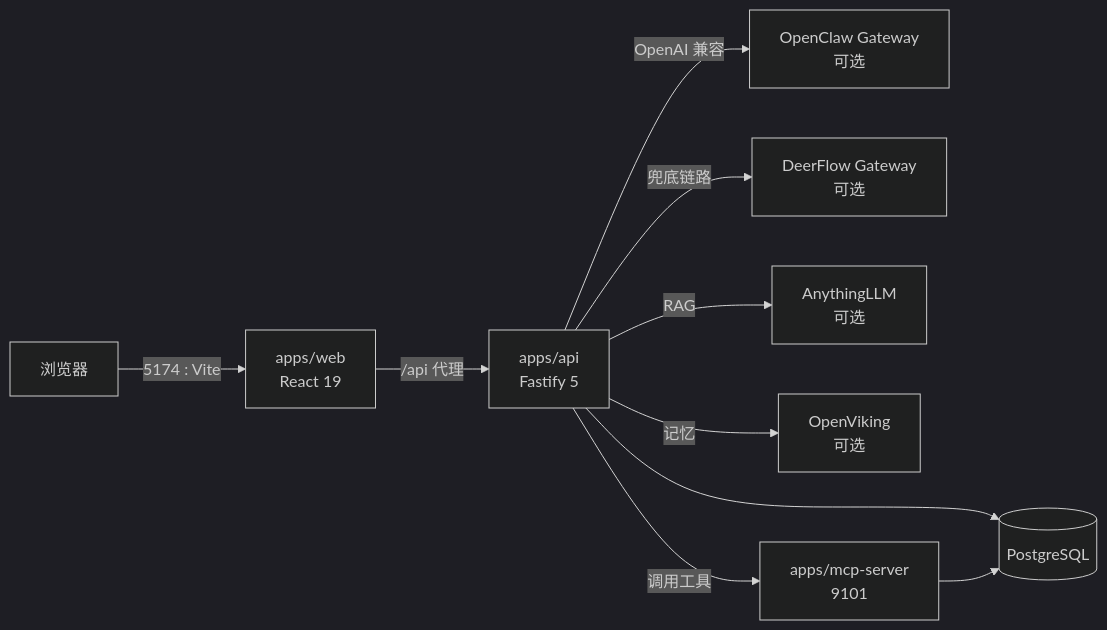
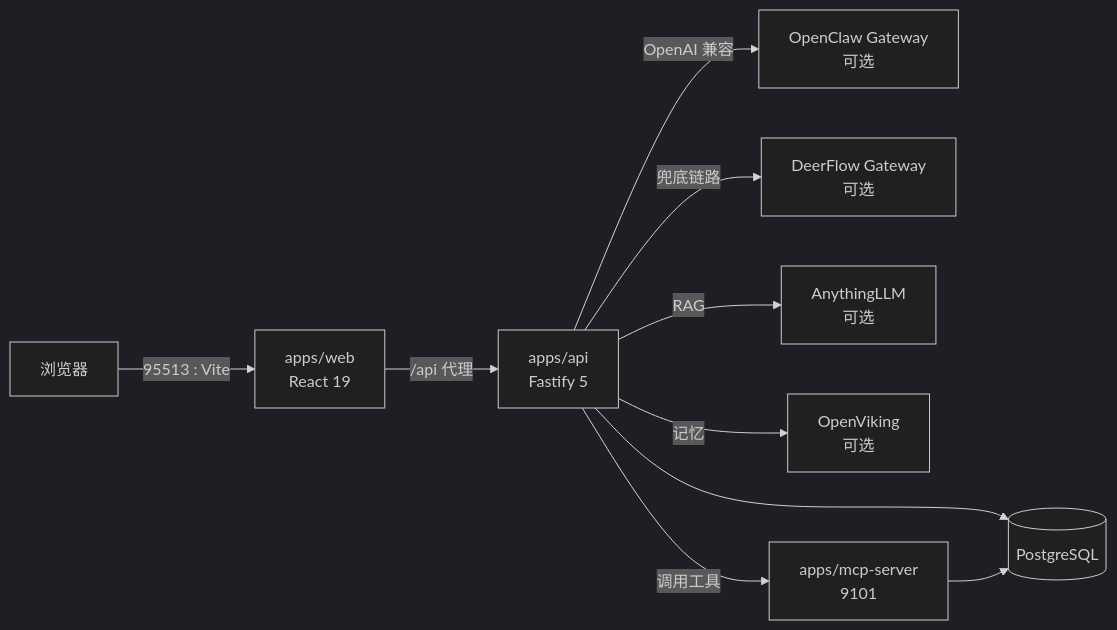
Before and after one commit to BlazarLIU/leyova: the diagram in README.md, drawn with Mermaid (dark theme). The commit also changed other lines of this file and 16 other files, not shown here.

````diff
--- a/README.md
+++ b/README.md
@@ -32,12 +32,12 @@
 ```mermaid
 flowchart LR
-  U[浏览器] -->|5174 : Vite| W[apps/web<br/>React 19]
+  U[浏览器] -->|95513 : Vite| W[apps/web<br/>React 19]
   W -->|/api 代理| A[apps/api<br/>Fastify 5]
   A --> DB[(PostgreSQL)]
   A -->|OpenAI 兼容| OC[OpenClaw Gateway<br/>可选]
   A -->|兜底链路| DF[DeerFlow Gateway<br/>可选]
   A -->|RAG| AL[AnythingLLM<br/>可选]
   A -->|记忆| OV[OpenViking<br/>可选]
   A -->|调用工具| M[apps/mcp-server<br/>9101]
   M --> DB
 ```
````
